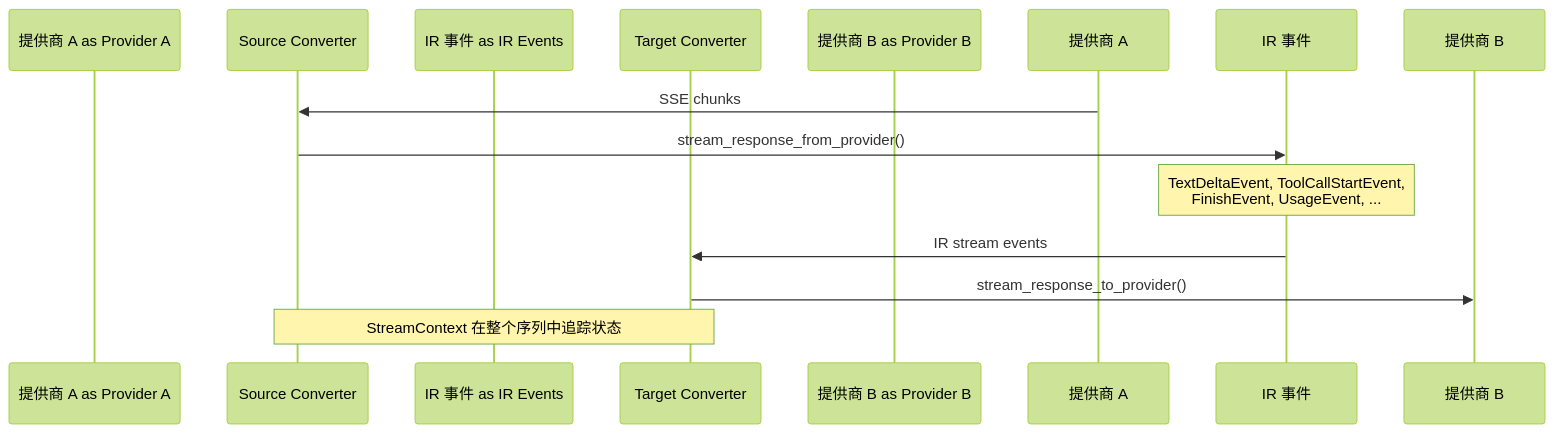
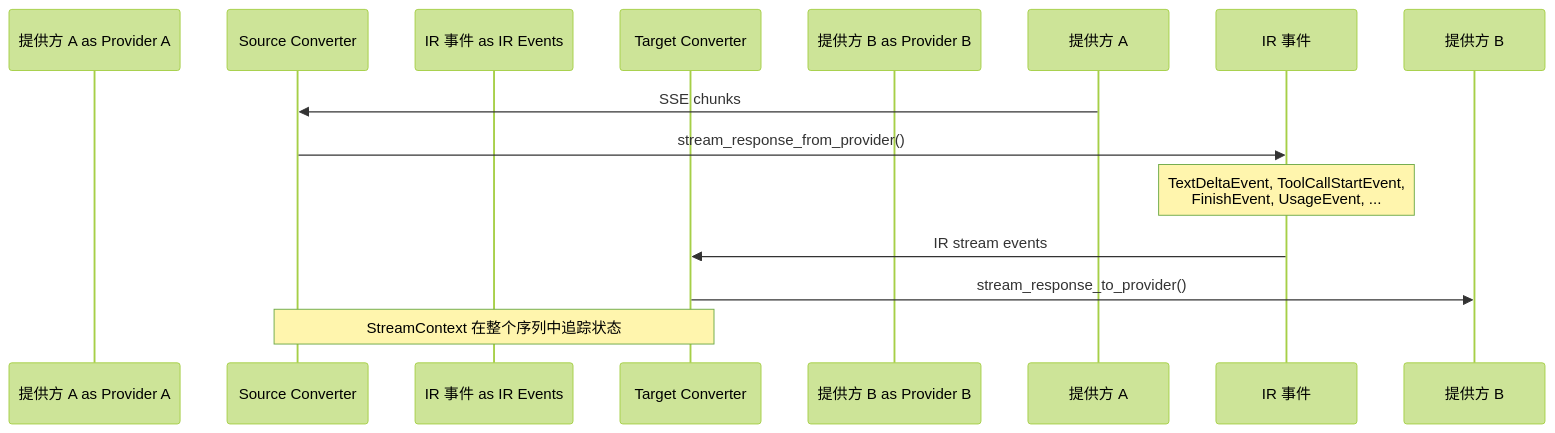
One commit to Oaklight/llm-rosetta changed the diagram in docs/guide/streaming.md. Above: the diagram before and after it, drawn with Mermaid (forest theme). The commit also changed other lines of this file and 29 other files, not shown here.

First line of the commit message:
docs(zh): replace 提供商 with 提供方 throughout

````diff
--- a/docs/guide/streaming.md
+++ b/docs/guide/streaming.md
@@ -12,15 +12,15 @@
 ```mermaid
 sequenceDiagram
-    participant 提供商 A as Provider A
+    participant 提供方 A as Provider A
     participant 源转换器 as Source Converter
     participant IR 事件 as IR Events
     participant 目标转换器 as Target Converter
-    participant 提供商 B as Provider B
+    participant 提供方 B as Provider B
 
-    提供商 A->>源转换器: SSE chunks
+    提供方 A->>源转换器: SSE chunks
     源转换器->>IR 事件: stream_response_from_provider()
     Note over IR 事件: TextDeltaEvent, ToolCallStartEvent,<br/>FinishEvent, UsageEvent, ...
     IR 事件->>目标转换器: IR stream events
-    目标转换器->>提供商 B: stream_response_to_provider()
+    目标转换器->>提供方 B: stream_response_to_provider()
     Note over 源转换器,目标转换器: StreamContext 在整个序列中追踪状态
 ```
````
